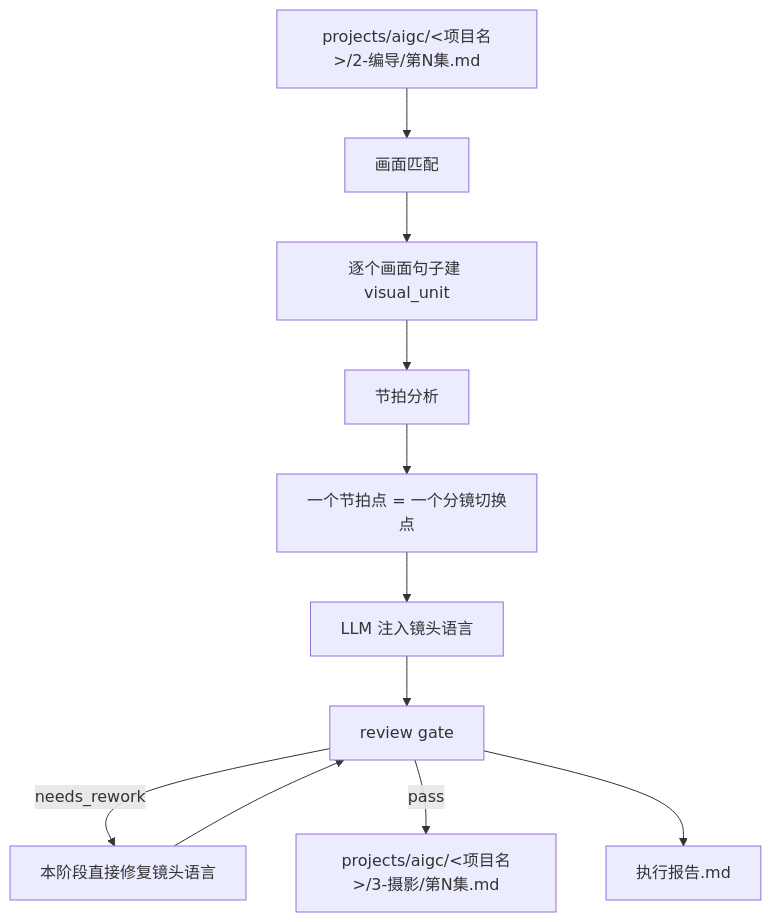
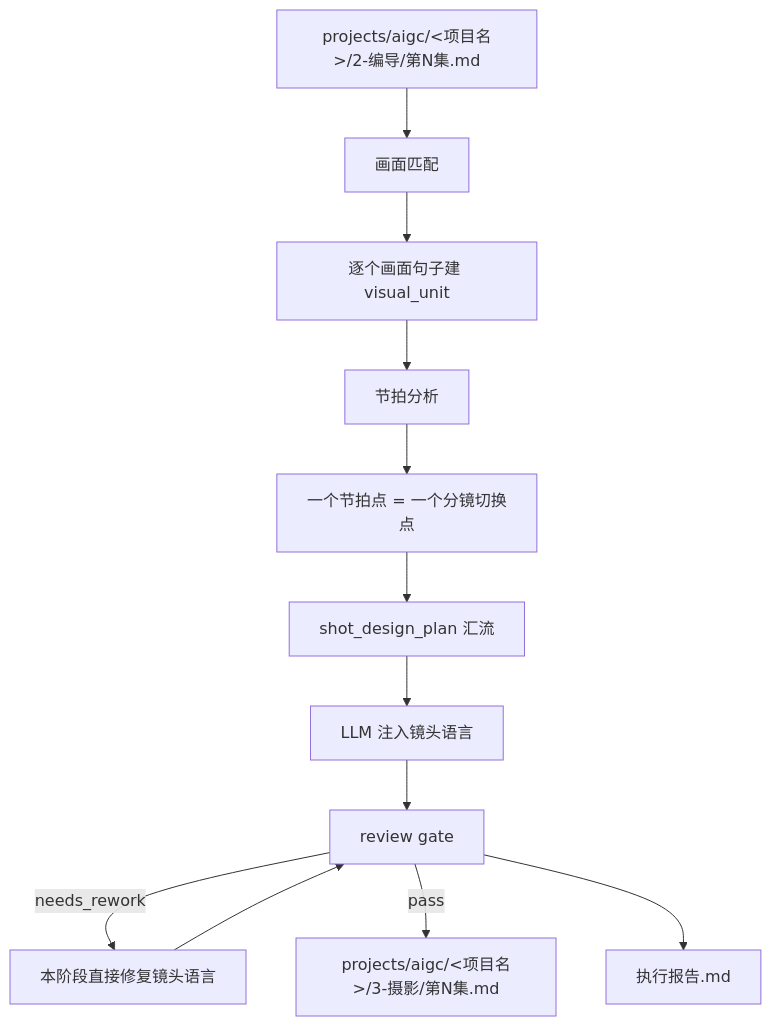
One commit to ZEN-VOID/AI-CUT changed the first of 2 diagrams in .agents/skills/aigc/3-摄影/SKILL.md. Above: the diagram before and after it, drawn with Mermaid. The commit also changed other lines of this file and 122 other files, not shown here.

````diff
--- a/.agents/skills/aigc/3-摄影/SKILL.md
+++ b/.agents/skills/aigc/3-摄影/SKILL.md
@@ -107,13 +110,14 @@
 ```mermaid
 flowchart TD
     A["projects/aigc/<项目名>/2-编导/第N集.md"] --> B["画面匹配"]
     B --> C["逐个画面句子建 visual_unit"]
     C --> D["节拍分析"]
     D --> E["一个节拍点 = 一个分镜切换点"]
-    E --> F["LLM 注入镜头语言"]
+    E --> P["shot_design_plan 汇流"]
+    P --> F["LLM 注入镜头语言"]
     F --> G["review gate"]
     G -->|"needs_rework"| R["本阶段直接修复镜头语言"]
     R --> G
     G -->|"pass"| H["projects/aigc/<项目名>/3-摄影/第N集.md"]
     G --> I["执行报告.md"]
 ```
````
